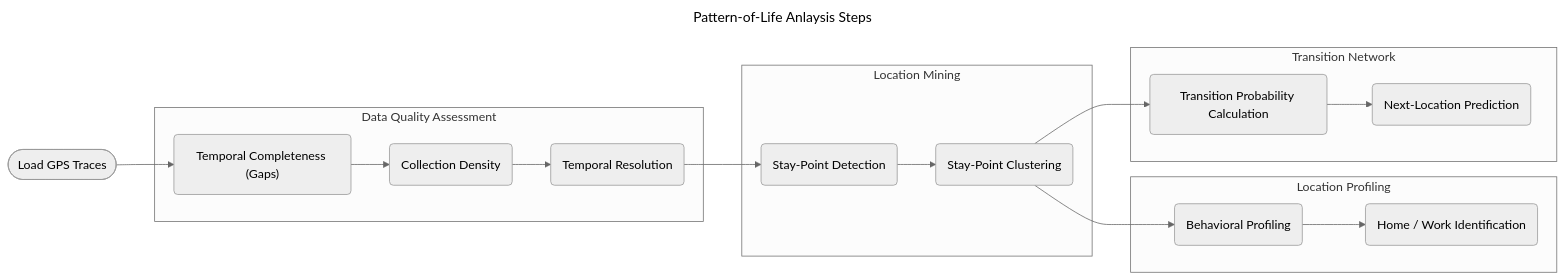
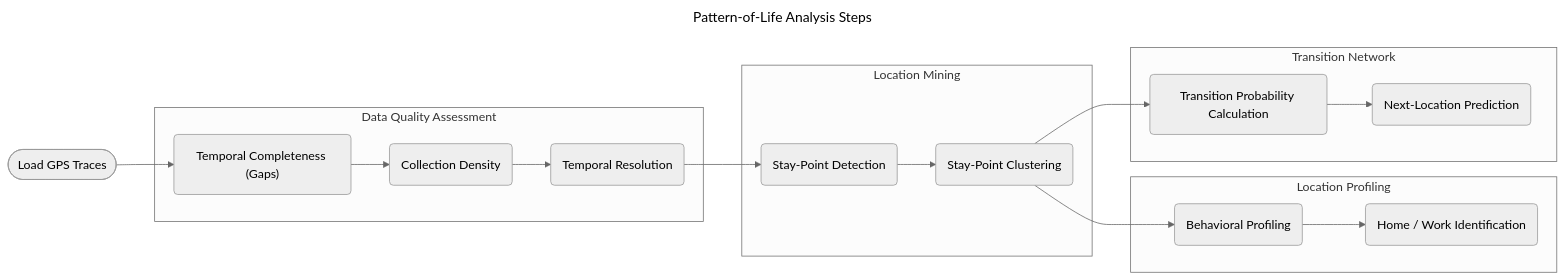
One commit to ShaneTeel/pattern-of-life-analysis changed the diagram in README.md. Above: the diagram before and after it, drawn with Mermaid (neutral theme). The commit also changed other lines of this file, not shown here.

````diff
--- a/README.md
+++ b/README.md
@@ -120,31 +109,31 @@
 ```mermaid
 ---
-title: Pattern-of-Life Anlaysis Steps
+title: Pattern-of-Life Analysis Steps
 ---
 flowchart LR;
     A([Load GPS Traces]) --> B;
 
     subgraph Data Quality Assessment
         B("Temporal Completeness (Gaps)") --> C;
         C(Collection Density) --> D;
         end
     
     D(Temporal Resolution) --> E;
 
     subgraph Location Mining
         E(Stay-Point Detection) --> F;
         end
 
     F(Stay-Point Clustering) --> G;
     F(Stay-Point Clustering) --> J;
 
     subgraph Location Profiling;
         G(Behavioral Profiling) --> H;
         H(Home / Work Identification);
         end
 
     subgraph Transition Network;
         J(Transition Probability Calculation) --> K;
         K(Next-Location Prediction)
         end
 ```
````
